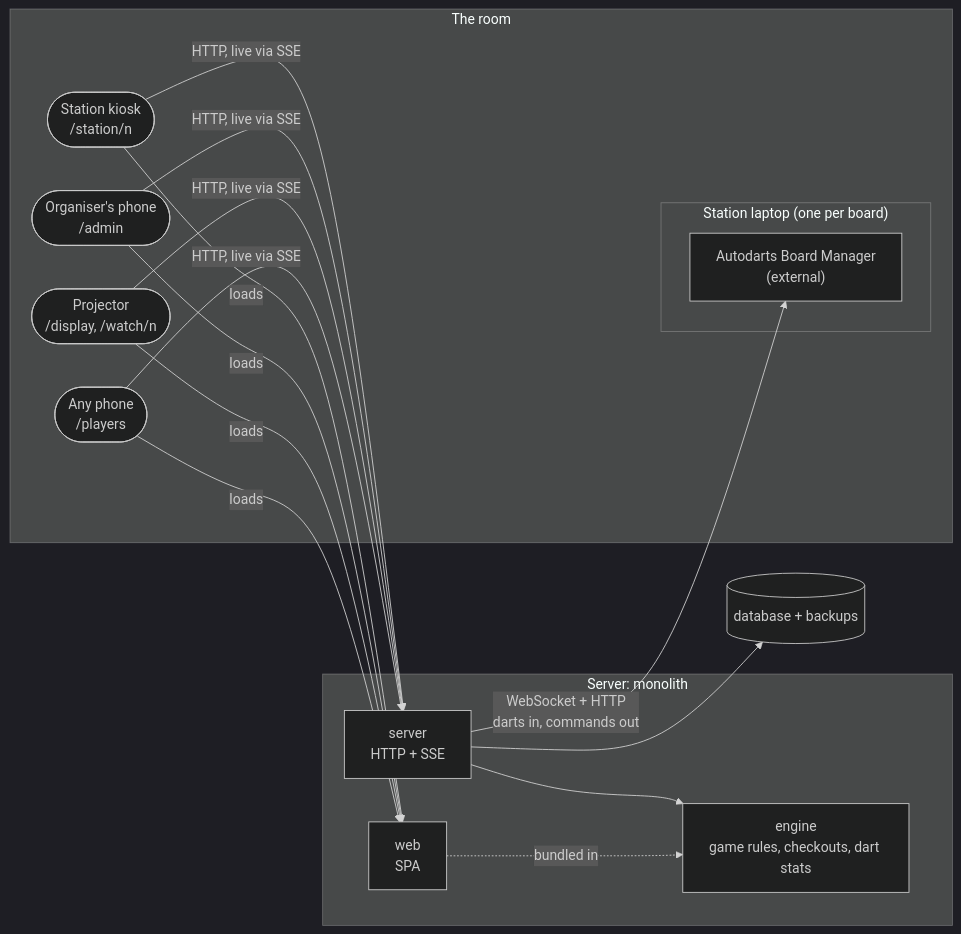
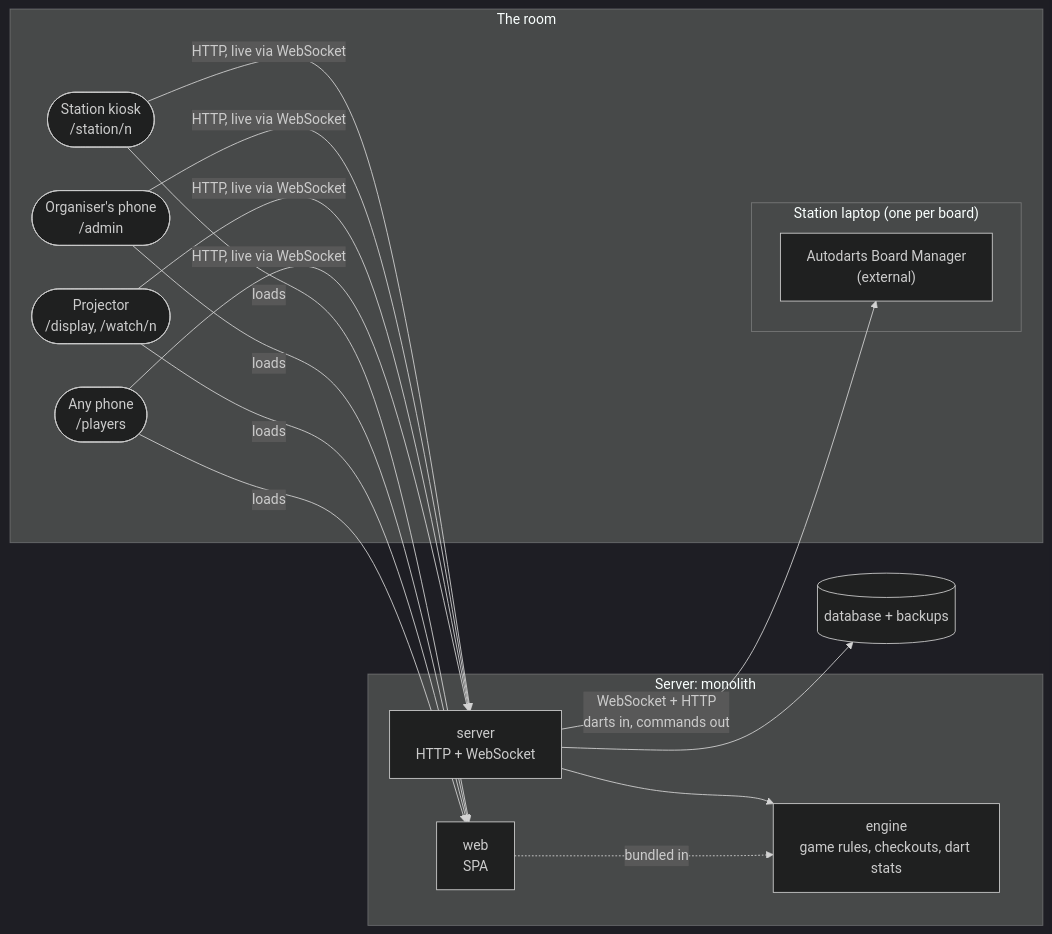
The first of 2 diagrams in docs/architecture/05-building-block-view.md (sverbach/n4-darts), drawn with Mermaid (dark theme) before and after one commit. The commit also changed other lines of this file and 12 other files, not shown here.

Commit message:
Live views over WebSockets in the docs: ADR 0011, README proxy note, OPS-04, architecture and glossary (live-websockets 03)

````diff
--- a/docs/architecture/05-building-block-view.md
+++ b/docs/architecture/05-building-block-view.md
@@ -7,27 +7,27 @@
 ```mermaid
 flowchart LR
     subgraph room["The room"]
         kiosk(["Station kiosk<br/>/station/n"])
         phone(["Organiser's phone<br/>/admin"])
         projector(["Projector<br/>/display, /watch/n"])
         visitor(["Any phone<br/>/players"])
         subgraph laptop["Station laptop (one per board)"]
             bm["Autodarts Board Manager<br/>(external)"]
         end
     end
 
     subgraph container["Server: monolith"]
         web["web<br/>SPA"]
-        server["server<br/>HTTP + SSE"]
+        server["server<br/>HTTP + WebSocket"]
         engine["engine<br/>game rules, checkouts, dart stats"]
     end
 
     db[("database + backups")]
 
     kiosk & phone & projector & visitor -- "loads" --> web
-    kiosk & phone & projector & visitor -- "HTTP, live via SSE" --> server
+    kiosk & phone & projector & visitor -- "HTTP, live via WebSocket" --> server
     server -- "WebSocket + HTTP<br/>darts in, commands out" --> bm
     server --> db
     server --> engine
     web -. "bundled in" .-> engine
 ```
````
